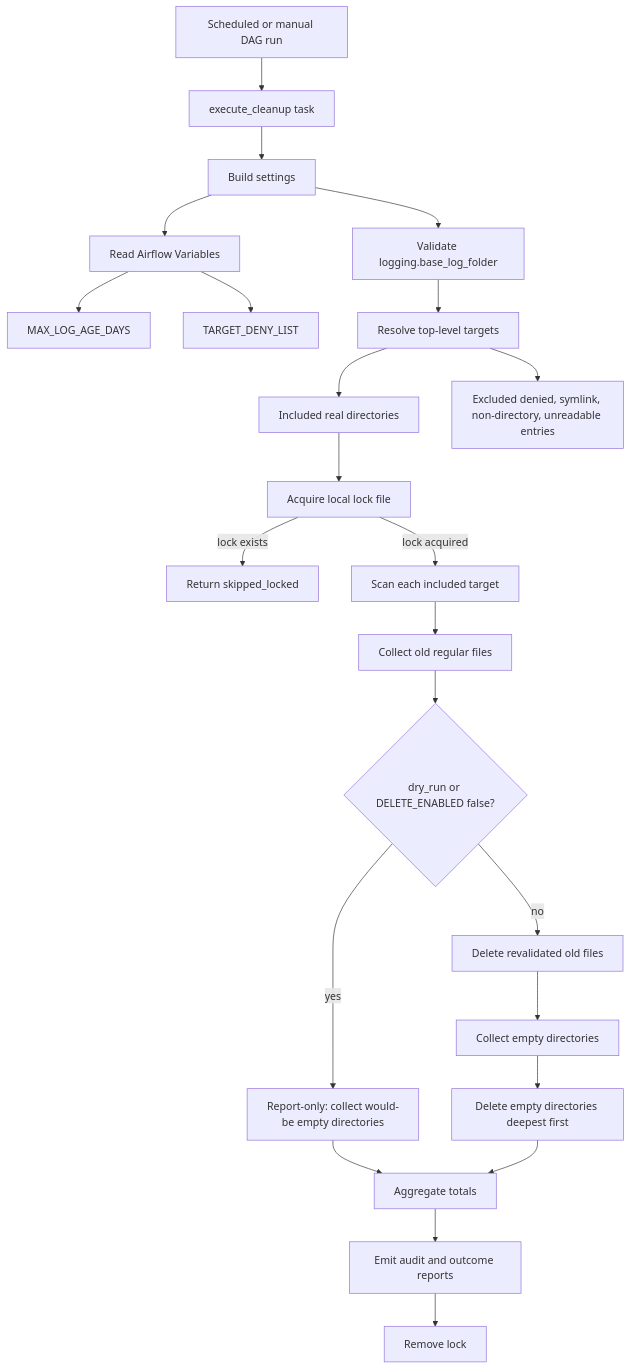
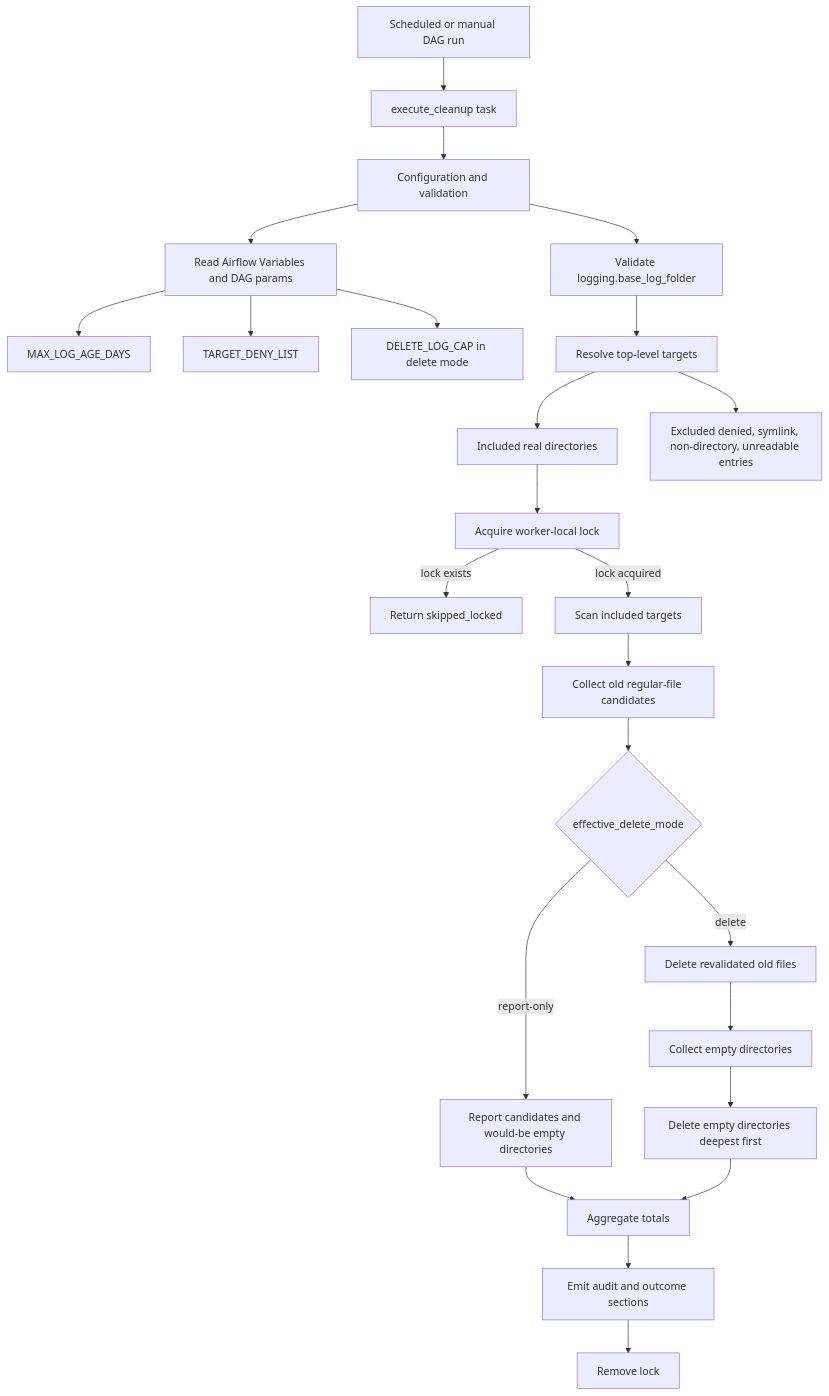
Before and after one commit to vcff2rpo/airflow_log_cleanup: the diagram in README.md, drawn with Mermaid. The commit also changed other lines of this file and 2 other files, not shown here.

````diff
--- a/README.md
+++ b/README.md
@@ -97,25 +98,26 @@
 ```mermaid
 flowchart TD
     A[Scheduled or manual DAG run] --> B[execute_cleanup task]
-    B --> C[Build settings]
+    B --> C[Configuration and validation]
     C --> D[Validate logging.base_log_folder]
-    C --> E[Read Airflow Variables]
+    C --> E[Read Airflow Variables and DAG params]
     E --> E1[MAX_LOG_AGE_DAYS]
     E --> E2[TARGET_DENY_LIST]
+    E --> E3[DELETE_LOG_CAP in delete mode]
     D --> F[Resolve top-level targets]
     F --> G[Included real directories]
     F --> H[Excluded denied, symlink, non-directory, unreadable entries]
-    G --> I[Acquire local lock file]
+    G --> I[Acquire worker-local lock]
     I -->|lock exists| J[Return skipped_locked]
-    I -->|lock acquired| K[Scan each included target]
-    K --> L[Collect old regular files]
-    L --> M{dry_run or DELETE_ENABLED false?}
-    M -->|yes| N[Report-only: collect would-be empty directories]
-    M -->|no| O[Delete revalidated old files]
+    I -->|lock acquired| K[Scan included targets]
+    K --> L[Collect old regular-file candidates]
+    L --> M{effective_delete_mode}
+    M -->|report-only| N[Report candidates and would-be empty directories]
+    M -->|delete| O[Delete revalidated old files]
     O --> P[Collect empty directories]
     P --> Q[Delete empty directories deepest first]
     N --> R[Aggregate totals]
     Q --> R
-    R --> S[Emit audit and outcome reports]
+    R --> S[Emit audit and outcome sections]
     S --> T[Remove lock]
 ```
````
